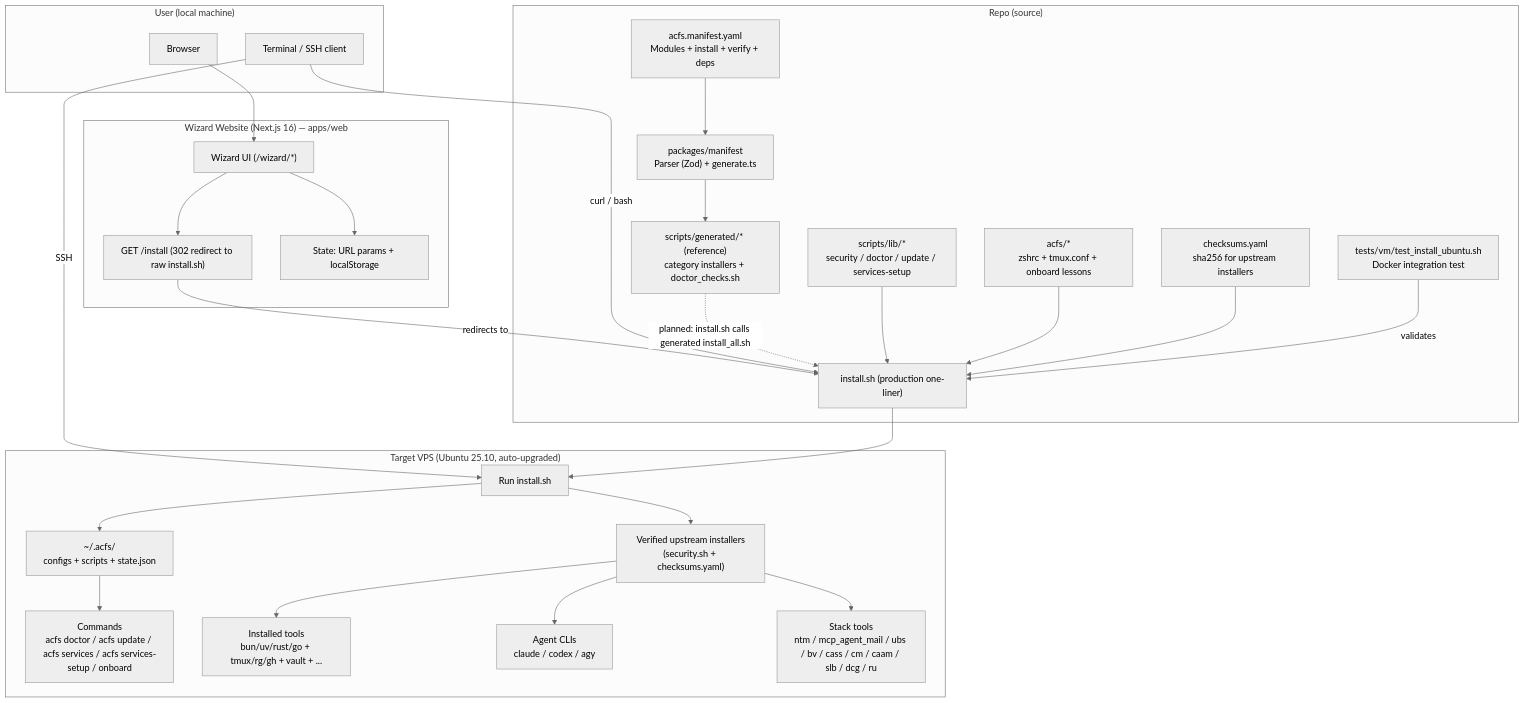
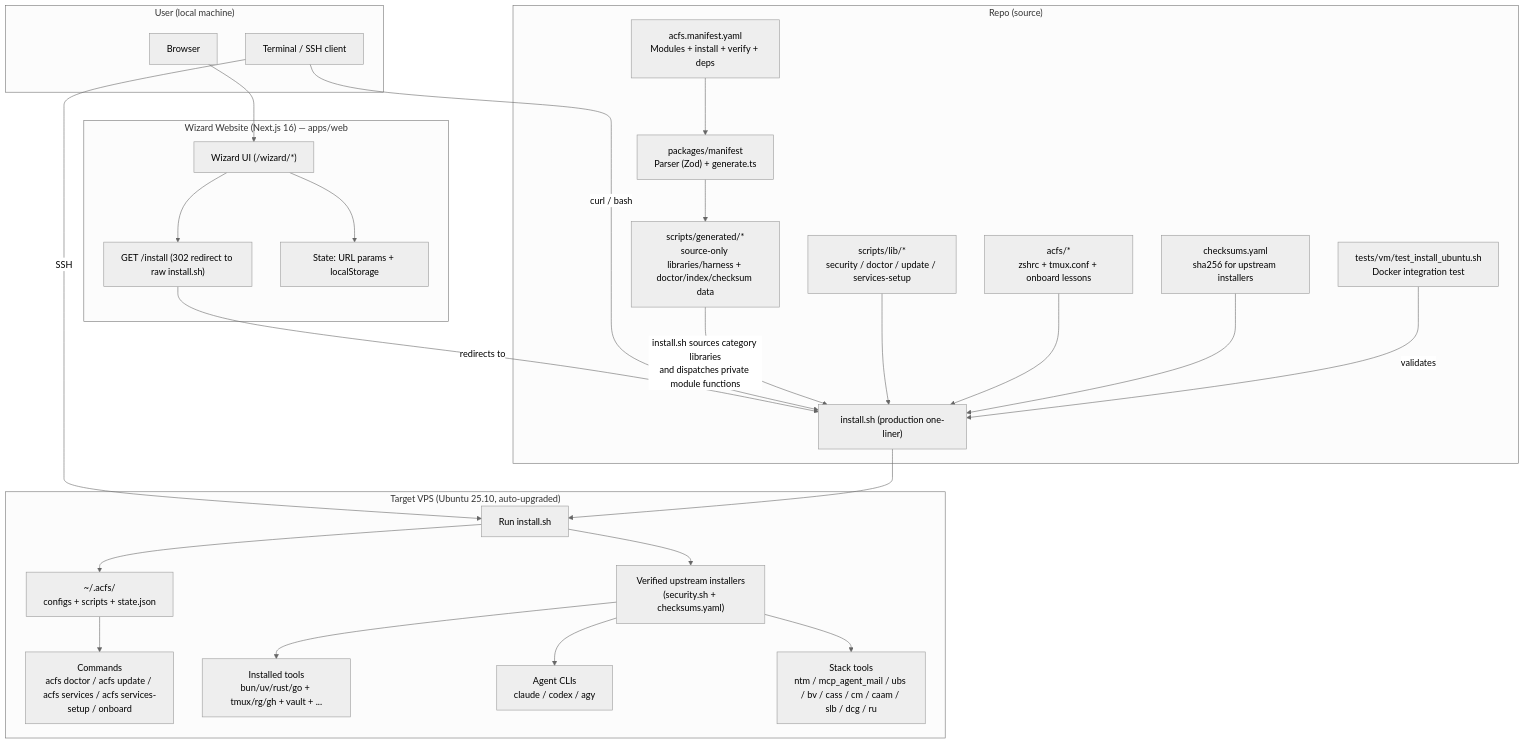
The second of 3 diagrams in README.md (Dicklesworthstone/agentic_coding_flywheel_setup), drawn with Mermaid (neutral theme) before and after one commit. The commit also changed other lines of this file and 35 other files, not shown here.

First line of the commit message:
feat(installer,test): expand install script reliability, security checks, and test suite

````diff
--- a/README.md
+++ b/README.md
@@ -141,65 +141,65 @@
 ```mermaid
 flowchart TB
   %% User and website
   subgraph U["User (local machine)"]
     Browser["Browser"]
     Terminal["Terminal / SSH client"]
   end
 
   subgraph W["Wizard Website (Next.js 16) — apps/web"]
     Wizard["Wizard UI (/wizard/*)"]
     InstallRoute["GET /install (302 redirect to raw install.sh)"]
     WebState["State: URL params + localStorage"]
   end
 
   %% Repo sources
   subgraph R["Repo (source)"]
     Manifest["acfs.manifest.yaml<br/>Modules + install + verify + deps"]
     Generator["packages/manifest<br/>Parser (Zod) + generate.ts"]
-    Generated["scripts/generated/* (reference)<br/>category installers + doctor_checks.sh"]
+    Generated["scripts/generated/*<br/>source-only libraries/harness + doctor/index/checksum data"]
     Installer["install.sh (production one-liner)"]
     Lib["scripts/lib/*<br/>security / doctor / update / services-setup"]
     Configs["acfs/*<br/>zshrc + tmux.conf + onboard lessons"]
     Checksums["checksums.yaml<br/>sha256 for upstream installers"]
     Tests["tests/vm/test_install_ubuntu.sh<br/>Docker integration test"]
   end
 
   %% Target VPS
   subgraph V["Target VPS (Ubuntu 25.10, auto-upgraded)"]
     Run["Run install.sh"]
     Verify["Verified upstream installers<br/>(security.sh + checksums.yaml)"]
     AcfsHome["~/.acfs/<br/>configs + scripts + state.json"]
     Commands["Commands<br/>acfs doctor / acfs update / acfs services / acfs services-setup / onboard"]
     Tools["Installed tools<br/>bun/uv/rust/go + tmux/rg/gh + vault + ..."]
     Agents["Agent CLIs<br/>claude / codex / agy"]
     Stack["Stack tools<br/>ntm / mcp_agent_mail / ubs / bv / cass / cm / caam / slb / dcg / ru"]
   end
 
   %% Website guidance flow
   Browser --> Wizard
   Wizard --> WebState
   Wizard --> InstallRoute
   InstallRoute -->|redirects to| Installer
 
   %% How users fetch/run the installer
   Terminal -->|curl / bash| Installer
   Terminal -->|SSH| Run
 
-  %% Manifest-driven generation (reference today)
+  %% Manifest-driven generation
   Manifest --> Generator --> Generated
-  Generated -.->|planned: install.sh calls generated install_all.sh| Installer
+  Generated -->|install.sh sources category libraries<br/>and dispatches private module functions| Installer
 
   %% Installer composition
   Lib --> Installer
   Configs --> Installer
   Checksums --> Installer
   Tests -->|validates| Installer
 
   %% VPS install results
   Installer --> Run
   Run --> Verify
   Verify --> Tools
   Verify --> Agents
   Verify --> Stack
   Run --> AcfsHome --> Commands
 ```
````
